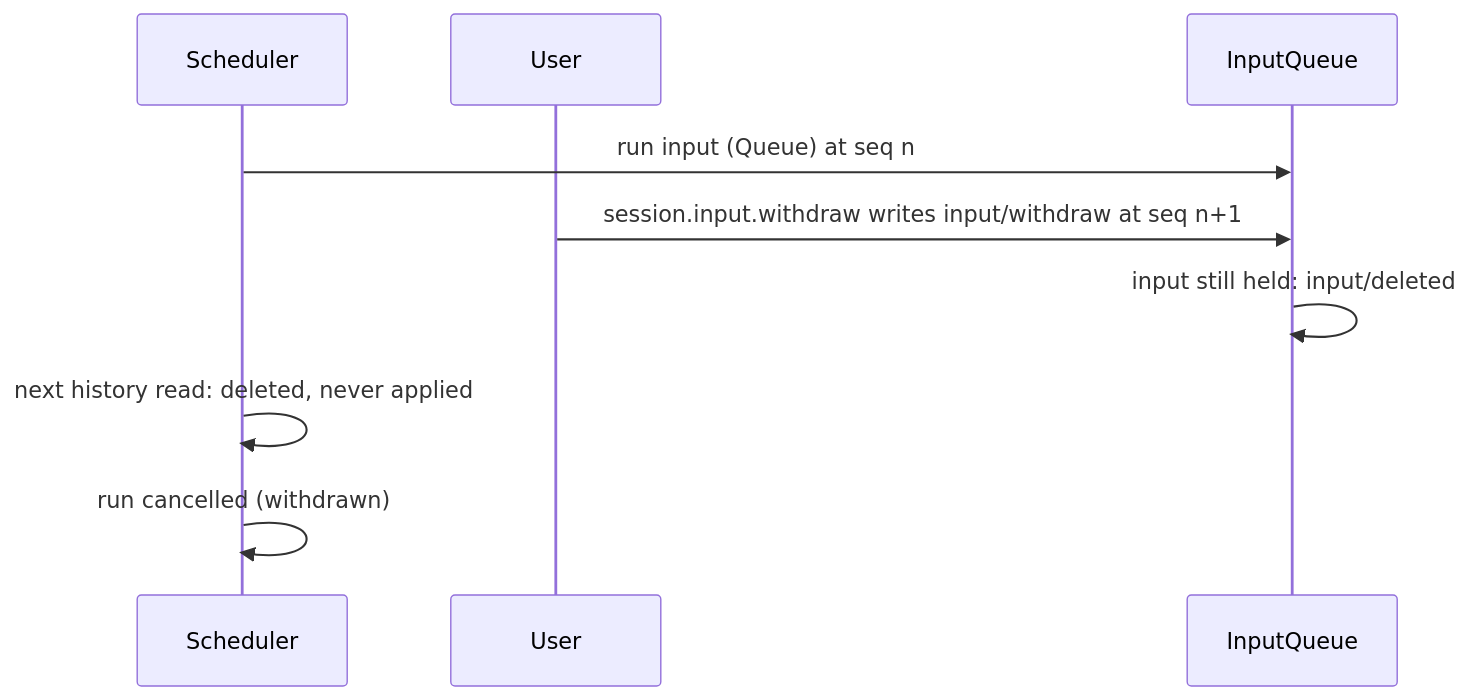
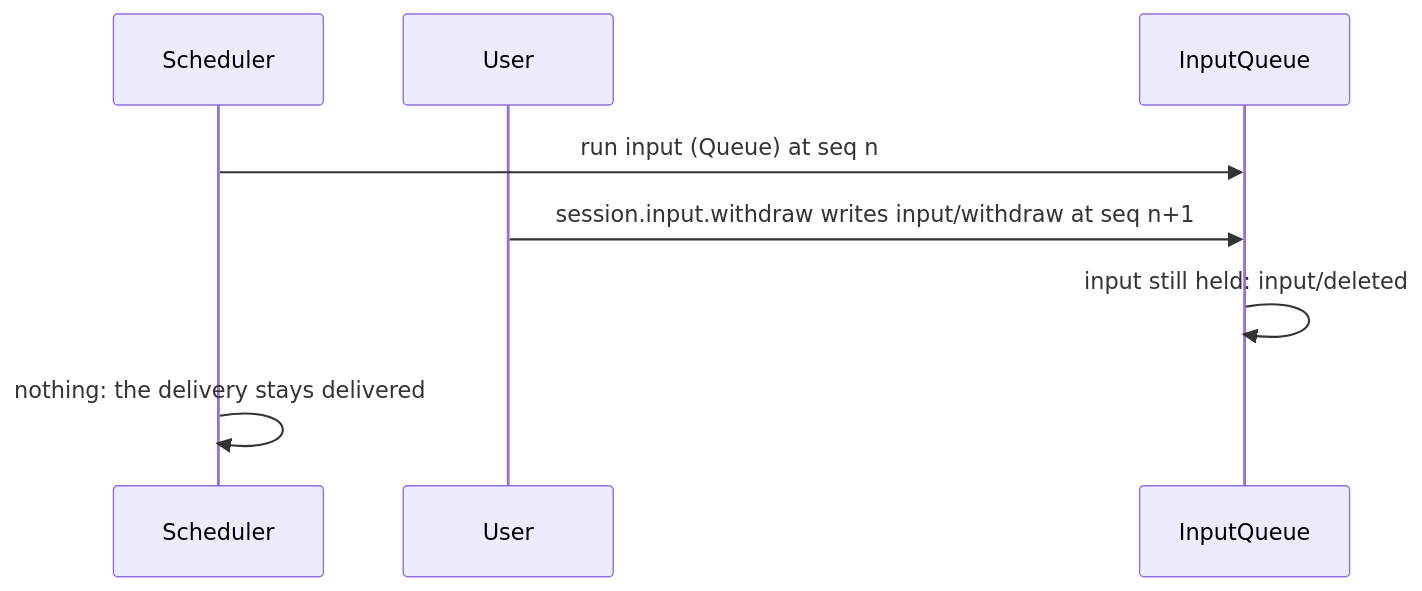
One commit to CoutinhoTTS/dim-agent changed the fifth of 5 diagrams in docs/design/plugins/Scheduler.md. Above: the diagram before and after it, drawn with Mermaid. The commit also changed other lines of this file and 5 other files, not shown here.

````diff
--- a/docs/design/plugins/Scheduler.md
+++ b/docs/design/plugins/Scheduler.md
@@ -344,11 +263,10 @@
 ```mermaid
 sequenceDiagram
   participant S as Scheduler
   participant U as User
   participant IQ as InputQueue
   S->>IQ: run input (Queue) at seq n
   U->>IQ: session.input.withdraw writes input/withdraw at seq n+1
   IQ->>IQ: input still held: input/deleted
-  S->>S: next history read: deleted, never applied
-  S->>S: run cancelled (withdrawn)
+  S->>S: nothing: the delivery stays delivered
 ```
````
